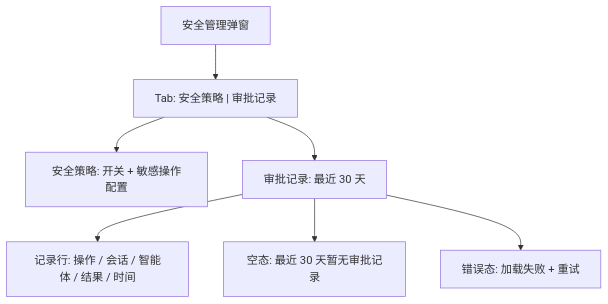
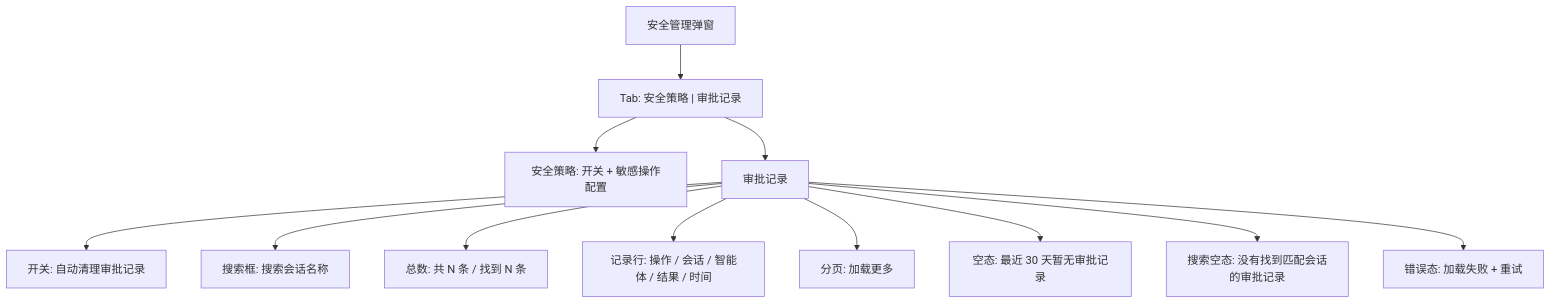
One commit to henshoudaji/clowder-ai changed the fifth of 5 diagrams in docs/new_design/2026-05-15-security-approval-records-design.md. Above: the diagram before and after it, drawn with Mermaid. The commit also changed other lines of this file, not shown here.

````diff
--- a/docs/new_design/2026-05-15-security-approval-records-design.md
+++ b/docs/new_design/2026-05-15-security-approval-records-design.md
@@ -502,9 +619,14 @@
 ```mermaid
 flowchart TB
   Modal["安全管理弹窗"] --> Tabs["Tab: 安全策略 | 审批记录"]
   Tabs --> Policy["安全策略: 开关 + 敏感操作配置"]
-  Tabs --> Records["审批记录: 最近 30 天"]
+  Tabs --> Records["审批记录"]
+  Records --> Cleanup["开关: 自动清理审批记录"]
+  Records --> Search["搜索框: 搜索会话名称"]
+  Records --> Count["总数: 共 N 条 / 找到 N 条"]
   Records --> Row["记录行: 操作 / 会话 / 智能体 / 结果 / 时间"]
+  Records --> More["分页: 加载更多"]
   Records --> Empty["空态: 最近 30 天暂无审批记录"]
+  Records --> SearchEmpty["搜索空态: 没有找到匹配会话的审批记录"]
   Records --> Error["错误态: 加载失败 + 重试"]
 ```
````
